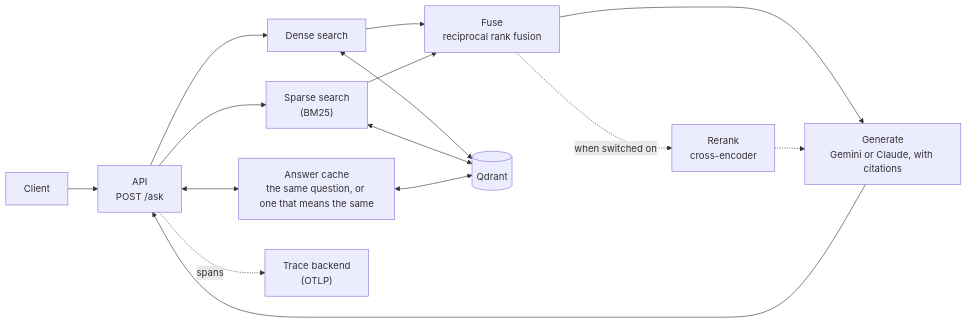
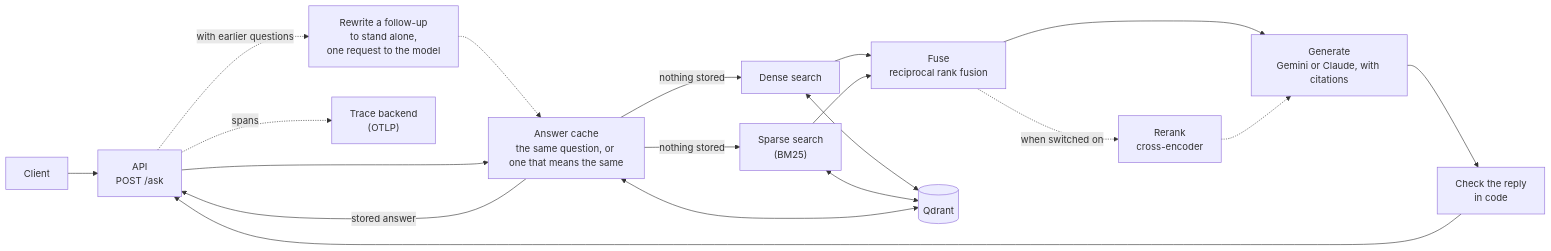
One commit to MumukshuPanchal/handbook-rag changed the second of 3 diagrams in docs/architecture.md. Above: the diagram before and after it, drawn with Mermaid. The commit also changed other lines of this file, not shown here.

First line of the commit message:
docs: the architecture page describes the system as it is

````diff
--- a/docs/architecture.md
+++ b/docs/architecture.md
@@ -39,17 +39,21 @@
 ```mermaid
 flowchart LR
     U["Client"] --> API["API<br/>POST /ask"]
-    API --> R1["Dense search"]
-    API --> R2["Sparse search<br/>(BM25)"]
+    API -. "with earlier questions" .-> RW["Rewrite a follow-up<br/>to stand alone,<br/>one request to the model"]
+    RW -.-> AC
+    API --> AC["Answer cache<br/>the same question, or one that means the same"]
+    AC -- "stored answer" --> API
+    AC -- "nothing stored" --> R1["Dense search"]
+    AC -- "nothing stored" --> R2["Sparse search<br/>(BM25)"]
     R1 --> F["Fuse<br/>reciprocal rank fusion"]
     R2 --> F
     F -. "when switched on" .-> RR["Rerank<br/>cross-encoder"]
     F --> G["Generate<br/>Gemini or Claude, with citations"]
     RR -.-> G
-    G --> API
-    API <--> AC["Answer cache<br/>the same question, or one that means the same"]
+    G --> CH["Check the reply<br/>in code"]
+    CH --> API
     R1 <--> Q[("Qdrant")]
     R2 <--> Q
     AC <--> Q
     API -. "spans" .-> T["Trace backend<br/>(OTLP)"]
 ```
````
